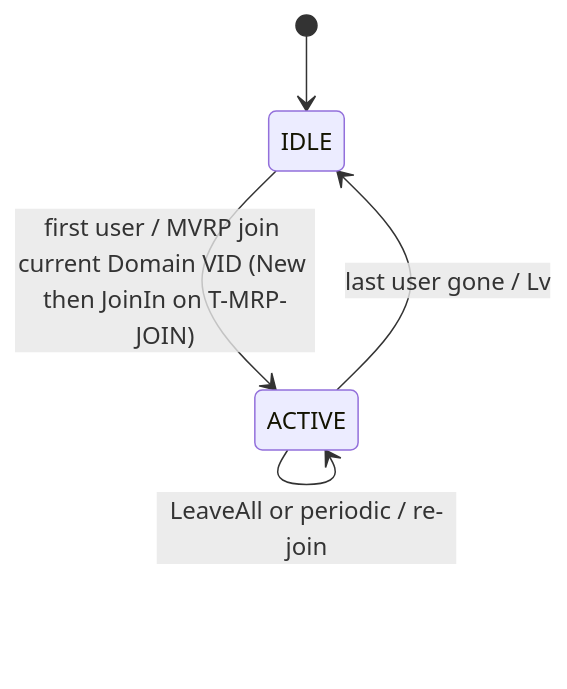
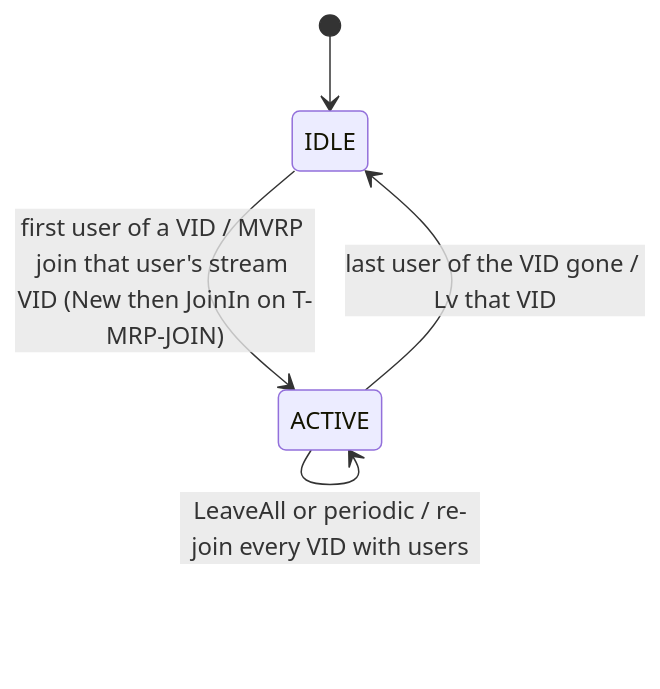
The third of 6 diagrams in docs/architecture/10_srp_engine.md (Mister-M-alt/protocol-processor-control-plane-avb-milan), drawn with Mermaid before and after one commit. The commit also changed other lines of this file and 9 other files, not shown here.

Commit message:
Fix SRP wire rules: dual EndMark, vector value k, frozen VID, swap edges

````diff
--- a/docs/architecture/10_srp_engine.md
+++ b/docs/architecture/10_srp_engine.md
@@ -183,9 +212,8 @@
 ```mermaid
 stateDiagram-v2
     [*] --> IDLE
-    IDLE --> ACTIVE: first user / MVRP join current Domain VID (New then JoinIn on T-MRP-JOIN)
-    ACTIVE --> ACTIVE: users++ or users-- while users > 0 / no wire action
-    ACTIVE --> ACTIVE: Domain VID changed / Lv old VID, join new VID
-    ACTIVE --> IDLE: last user gone / Lv
-    ACTIVE --> ACTIVE: LeaveAll or periodic / re-join
+    IDLE --> ACTIVE: first user of a VID / MVRP join that user's stream VID (New then JoinIn on T-MRP-JOIN)
+    ACTIVE --> ACTIVE: users++ or users-- while a VID's count > 0 / no wire action
+    ACTIVE --> IDLE: last user of the VID gone / Lv that VID
+    ACTIVE --> ACTIVE: LeaveAll or periodic / re-join every VID with users
 ```
````
